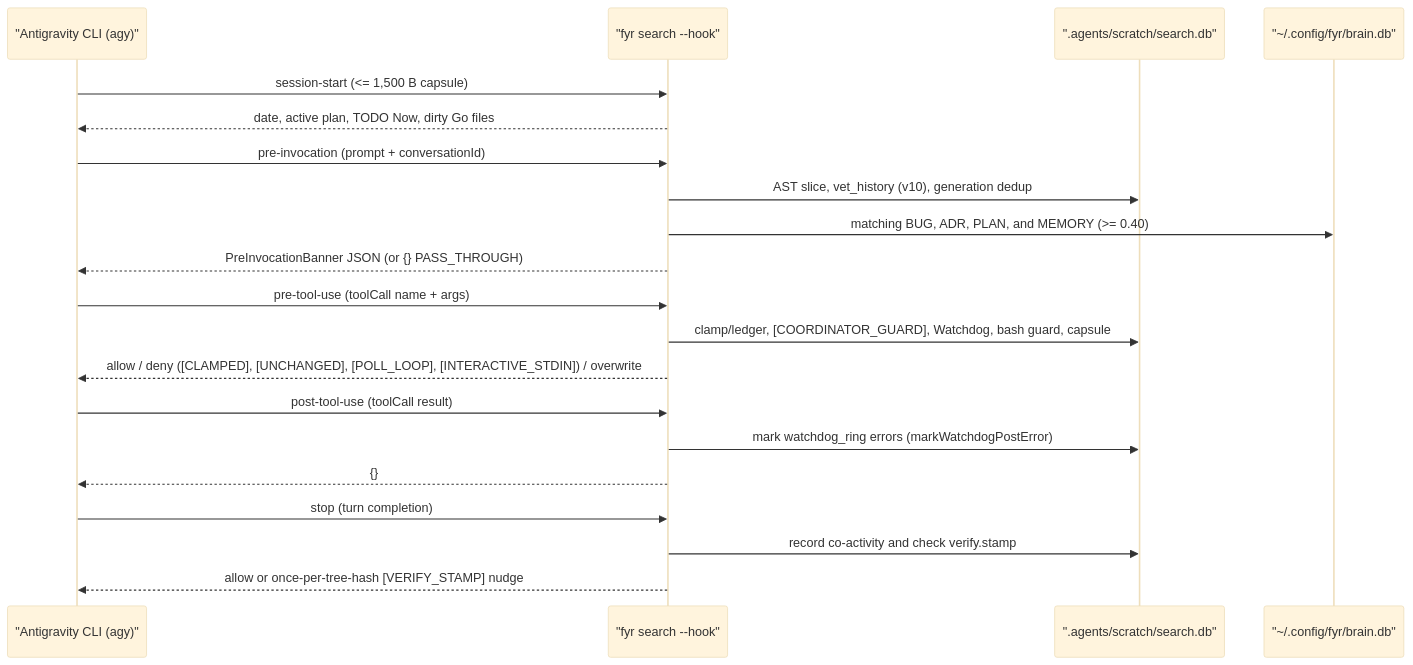
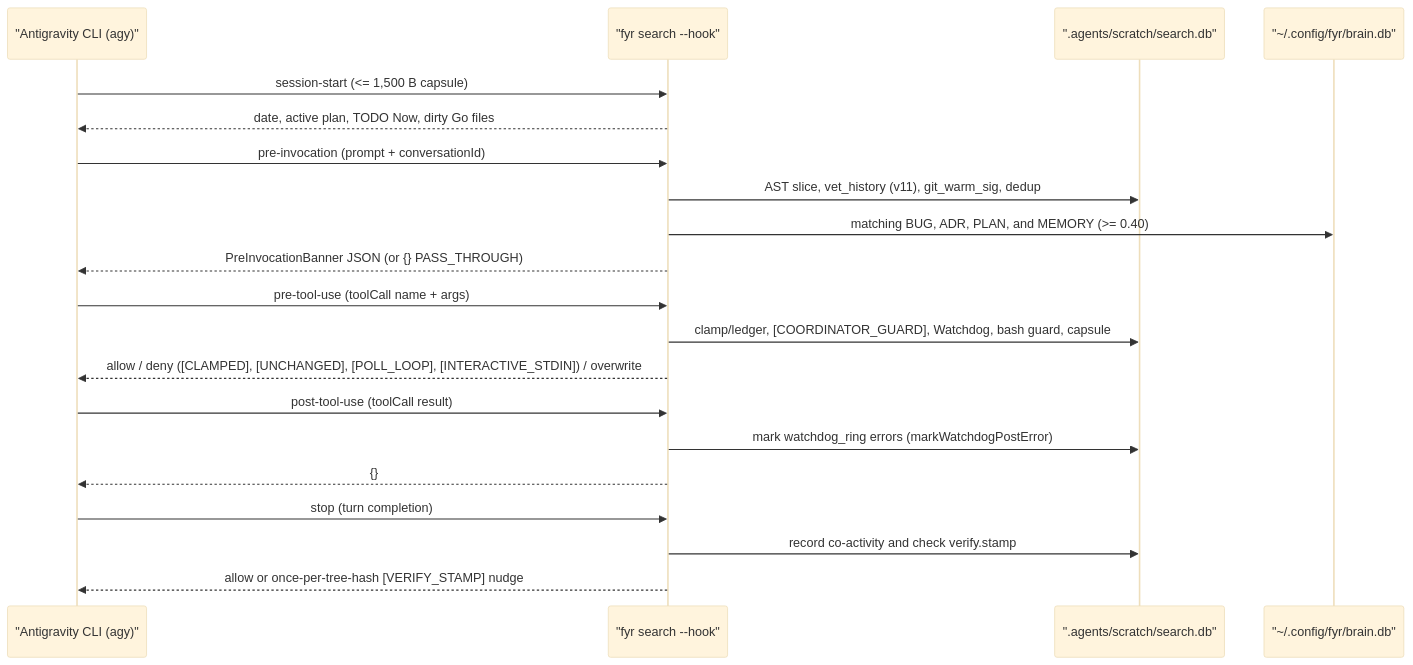
The first of 7 diagrams in features/hooks-and-ast-graph.md (kesokaj/fyr), drawn with Mermaid (base theme) before and after one commit. The commit also changed other lines of this file and 13 other files, not shown here.

````diff
--- a/features/hooks-and-ast-graph.md
+++ b/features/hooks-and-ast-graph.md
@@ -9,22 +9,22 @@
 ```mermaid
 sequenceDiagram
     participant Agy as "Antigravity CLI (agy)"
     participant Hook as "fyr search --hook"
     participant DB as ".agents/scratch/search.db"
     participant Brain as "~/.config/fyr/brain.db"
     Agy->>Hook: session-start (<= 1,500 B capsule)
     Hook-->>Agy: date, active plan, TODO Now, dirty Go files
     Agy->>Hook: pre-invocation (prompt + conversationId)
-    Hook->>DB: AST slice, vet_history (v10), generation dedup
+    Hook->>DB: AST slice, vet_history (v11), git_warm_sig, dedup
     Hook->>Brain: matching BUG, ADR, PLAN, and MEMORY (>= 0.40)
     Hook-->>Agy: PreInvocationBanner JSON (or {} PASS_THROUGH)
     Agy->>Hook: pre-tool-use (toolCall name + args)
     Hook->>DB: clamp/ledger, [COORDINATOR_GUARD], Watchdog, bash guard, capsule
     Hook-->>Agy: allow / deny ([CLAMPED], [UNCHANGED], [POLL_LOOP], [INTERACTIVE_STDIN]) / overwrite
     Agy->>Hook: post-tool-use (toolCall result)
     Hook->>DB: mark watchdog_ring errors (markWatchdogPostError)
     Hook-->>Agy: {}
     Agy->>Hook: stop (turn completion)
     Hook->>DB: record co-activity and check verify.stamp
     Hook-->>Agy: allow or once-per-tree-hash [VERIFY_STAMP] nudge
 ```
````
